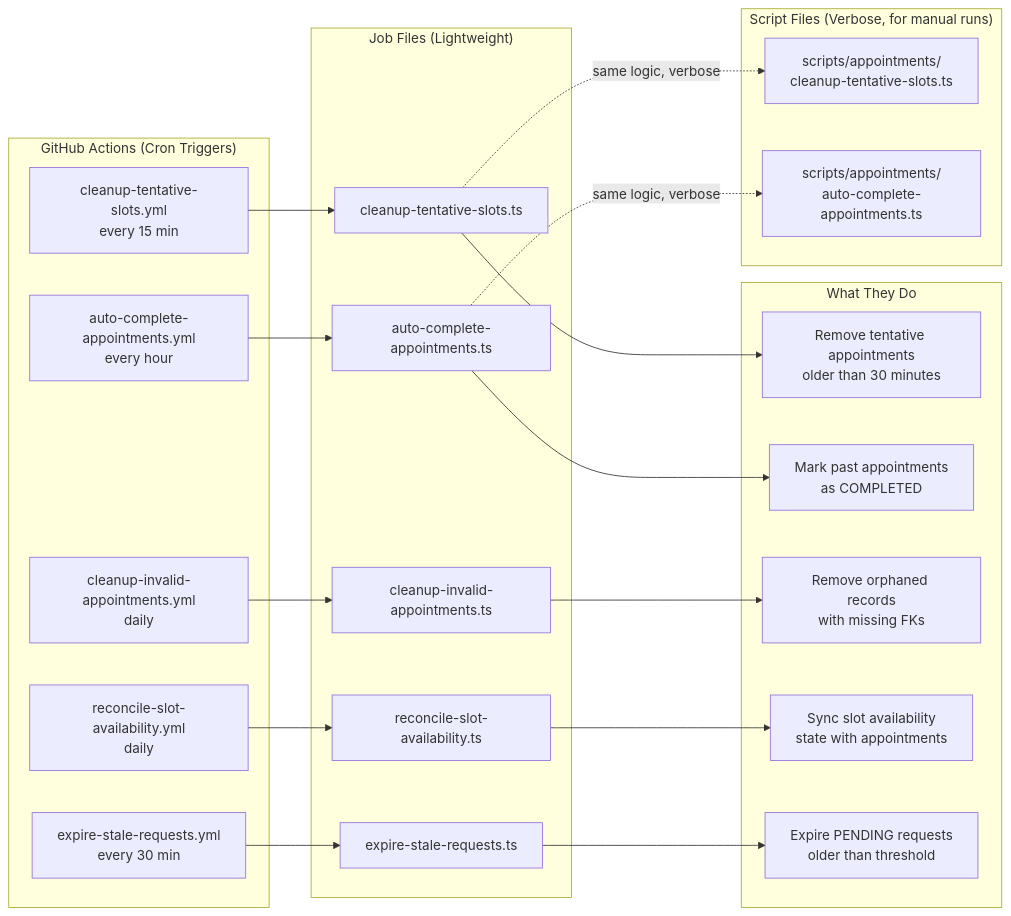
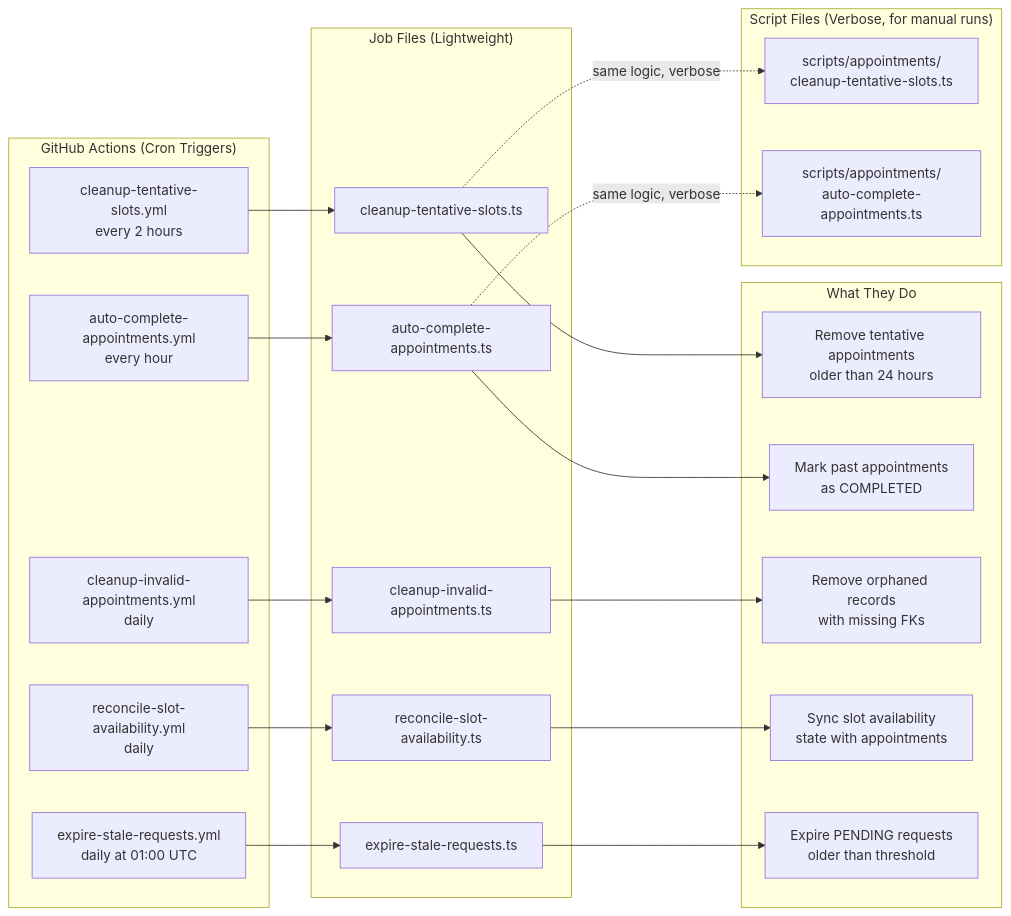
The seventh of 8 diagrams in docs/booking/06-dependency-graphs.md (Practitionist/familiarise_web), drawn with Mermaid before and after one commit. The commit also changed other lines of this file and 56 other files, not shown here.

````diff
--- a/docs/booking/06-dependency-graphs.md
+++ b/docs/booking/06-dependency-graphs.md
@@ -282,39 +282,39 @@
 ```mermaid
 flowchart LR
   subgraph triggers ["GitHub Actions (Cron Triggers)"]
-    GH1["cleanup-tentative-slots.yml\nevery 15 min"]
+    GH1["cleanup-tentative-slots.yml\nevery 2 hours"]
     GH2["auto-complete-appointments.yml\nevery hour"]
     GH3["cleanup-invalid-appointments.yml\ndaily"]
     GH4["reconcile-slot-availability.yml\ndaily"]
-    GH5["expire-stale-requests.yml\nevery 30 min"]
+    GH5["expire-stale-requests.yml\ndaily at 01:00 UTC"]
   end
 
   subgraph jobs ["Job Files (Lightweight)"]
     J1["cleanup-tentative-slots.ts"]
     J2["auto-complete-appointments.ts"]
     J3["cleanup-invalid-appointments.ts"]
     J4["reconcile-slot-availability.ts"]
     J5["expire-stale-requests.ts"]
   end
 
   subgraph scripts ["Script Files (Verbose, for manual runs)"]
     S1["scripts/appointments/\ncleanup-tentative-slots.ts"]
     S2["scripts/appointments/\nauto-complete-appointments.ts"]
   end
 
   subgraph cleanup_actions ["What They Do"]
-    A1["Remove tentative appointments\nolder than 30 minutes"]
+    A1["Remove tentative appointments\nolder than 24 hours"]
     A2["Mark past appointments\nas COMPLETED"]
     A3["Remove orphaned records\nwith missing FKs"]
     A4["Sync slot availability\nstate with appointments"]
     A5["Expire PENDING requests\nolder than threshold"]
   end
 
   GH1 --> J1 --> A1
   GH2 --> J2 --> A2
   GH3 --> J3 --> A3
   GH4 --> J4 --> A4
   GH5 --> J5 --> A5
   J1 -.->|same logic, verbose| S1
   J2 -.->|same logic, verbose| S2
 ```
````
